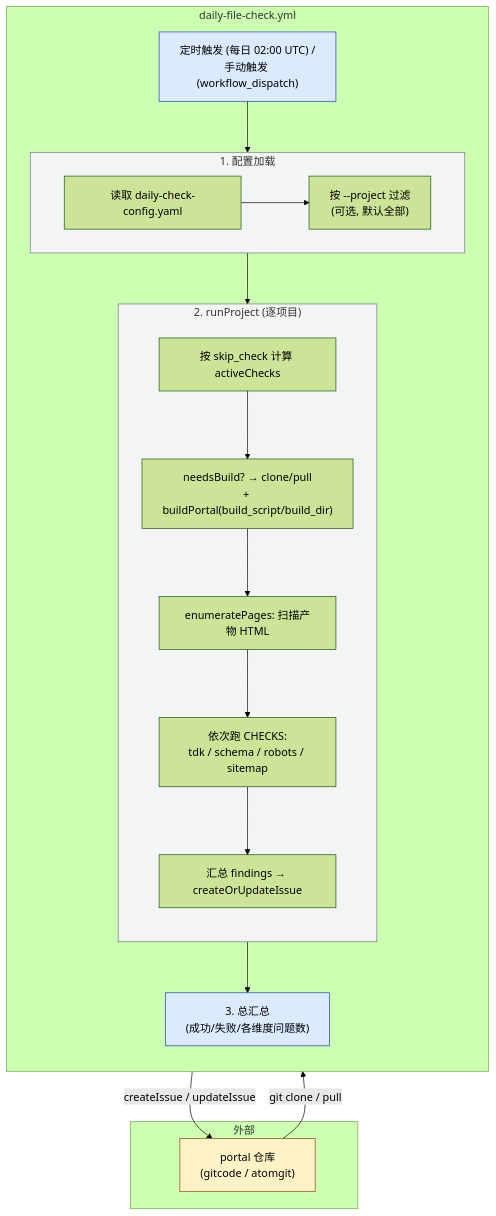
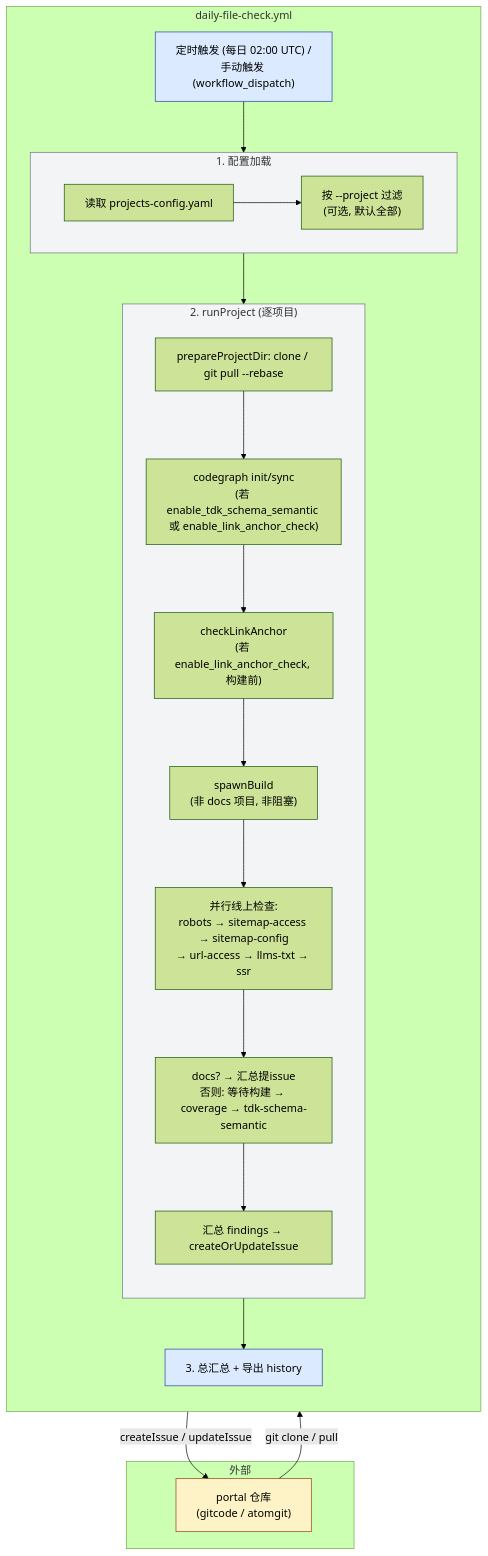
One commit to zjwmiao/daily-check changed the diagram in docs/daily-file-check.md. Above: the diagram before and after it, drawn with Mermaid (forest theme). The commit also changed other lines of this file and 4 other files, not shown here.

First line of the commit message:
docs: 优化 daily-file-check/geo-issue-analyze 文档，修复过期引用

````diff
--- a/docs/daily-file-check.md
+++ b/docs/daily-file-check.md
@@ -13,42 +13,44 @@
 ```mermaid
 flowchart TB
     subgraph external["外部"]
         REPOS["portal 仓库<br/>(gitcode / atomgit)"]
     end
 
     subgraph workflow["daily-file-check.yml"]
         direction TB
 
         TRIGGER["定时触发 (每日 02:00 UTC) /<br/>手动触发 (workflow_dispatch)"]
 
         subgraph load["1. 配置加载"]
-            L1["读取 daily-check-config.yaml"]
+            L1["读取 projects-config.yaml"]
             L2["按 --project 过滤<br/>(可选, 默认全部)"]
             L1 --> L2
         end
 
         subgraph perproj["2. runProject (逐项目)"]
             direction TB
-            R1["按 skip_check 计算 activeChecks"]
-            R2["needsBuild? → clone/pull<br/>+ buildPortal(build_script/build_dir)"]
-            R3["enumeratePages: 扫描产物 HTML"]
-            R4["依次跑 CHECKS:<br/>tdk / schema / robots / sitemap"]
-            R5["汇总 findings → createOrUpdateIssue"]
-            R1 --> R2 --> R3 --> R4 --> R5
+            R0["prepareProjectDir: clone / git pull --rebase"]
+            R0A["codegraph init/sync<br/>(若 enable_tdk_schema_semantic 或 enable_link_anchor_check)"]
+            R0B["checkLinkAnchor<br/>(若 enable_link_anchor_check, 构建前)"]
+            R1["spawnBuild<br/>(非 docs 项目, 非阻塞)"]
+            R2["并行线上检查:<br/>robots → sitemap-access → sitemap-config<br/>→ url-access → llms-txt → ssr"]
+            R3["docs? → 汇总提issue<br/>否则: 等待构建 → coverage → tdk-schema-semantic"]
+            R4["汇总 findings → createOrUpdateIssue"]
+            R0 --> R0A --> R0B --> R1 --> R2 --> R3 --> R4
         end
 
-        SUM["3. 总汇总<br/>(成功/失败/各维度问题数)"]
+        SUM["3. 总汇总 + 导出 history"]
 
         TRIGGER --> load --> perproj --> SUM
     end
 
-    REPOS -- "git clone / pull" --> R2
-    R5 -- "createIssue / updateIssue" --> REPOS
+    REPOS -- "git clone / pull" --> R0
+    R4 -- "createIssue / updateIssue" --> REPOS
 
     classDef ext fill:#fef3c7,stroke:#92400e
     classDef wf fill:#dbeafe,stroke:#1e40af
     classDef sub fill:#f3f4f6,stroke:#6b7280
     class REPOS ext
     class TRIGGER,SUM wf
     class load,perproj sub
 ```
````
